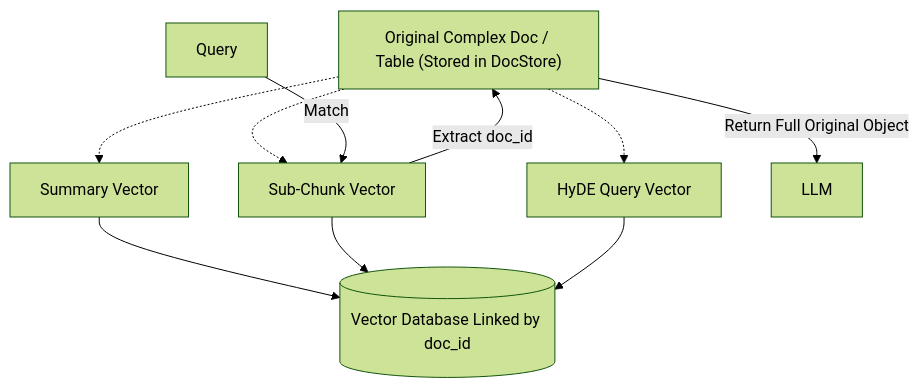
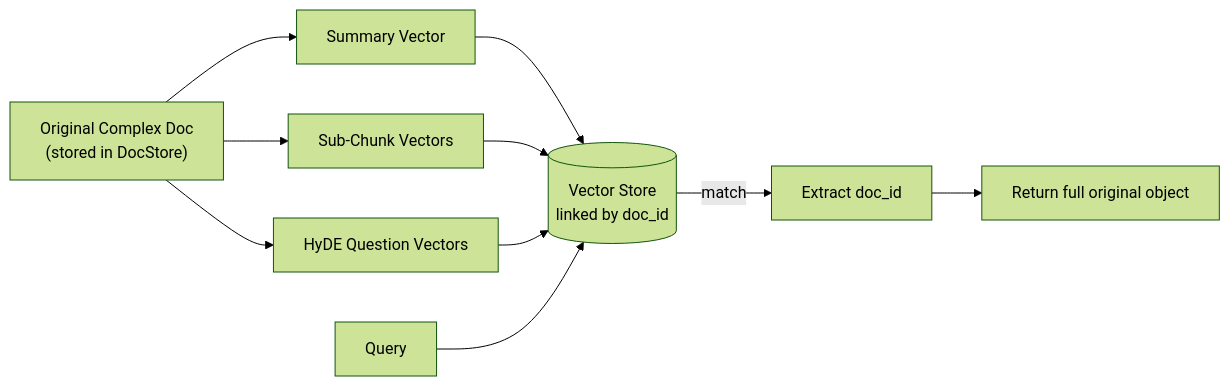
One commit to satyam0singh/Agentic-AI changed diagram 12 of 13 in RAG/Retrivers.md. Above: the diagram before and after it, drawn with Mermaid (forest theme). The commit also changed other lines of this file, not shown here.

````diff
--- a/RAG/Retrivers.md
+++ b/RAG/Retrivers.md
@@ -259,13 +426,11 @@
 ```mermaid
-flowchart TD
-    OD["Original Complex Doc / Table (Stored in DocStore)"]
-    OD -.-> SV["Summary Vector"]
-    OD -.-> SCV["Sub-Chunk Vector"]
-    OD -.-> HQV["HyDE Query Vector"]
-    SV --> DB[(Vector Database Linked by doc_id)]
-    SCV --> DB
-    HQV --> DB
-    Q[Query] --> |Match| SCV
-    SCV --> |Extract doc_id| OD
-    OD --> |Return Full Original Object| LLM
+flowchart LR
+    D["Original Complex Doc<br/>(stored in DocStore)"] --> S["Summary Vector"]
+    D --> C["Sub-Chunk Vectors"]
+    D --> H["HyDE Question Vectors"]
+    S --> VS[("Vector Store<br/>linked by doc_id")]
+    C --> VS
+    H --> VS
+    Q["Query"] --> VS
+    VS -->|"match"| Ext["Extract doc_id"] --> Full["Return full original object"]
 ```
````
